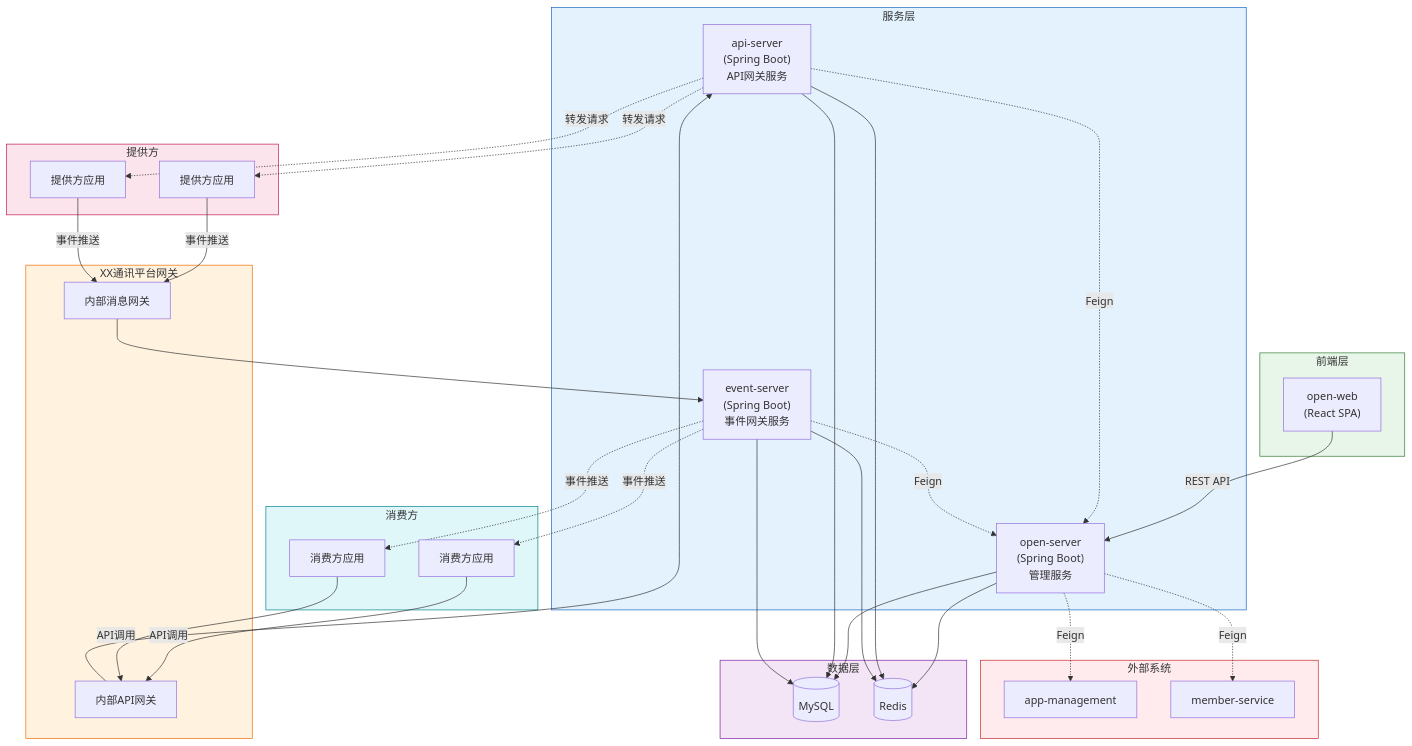
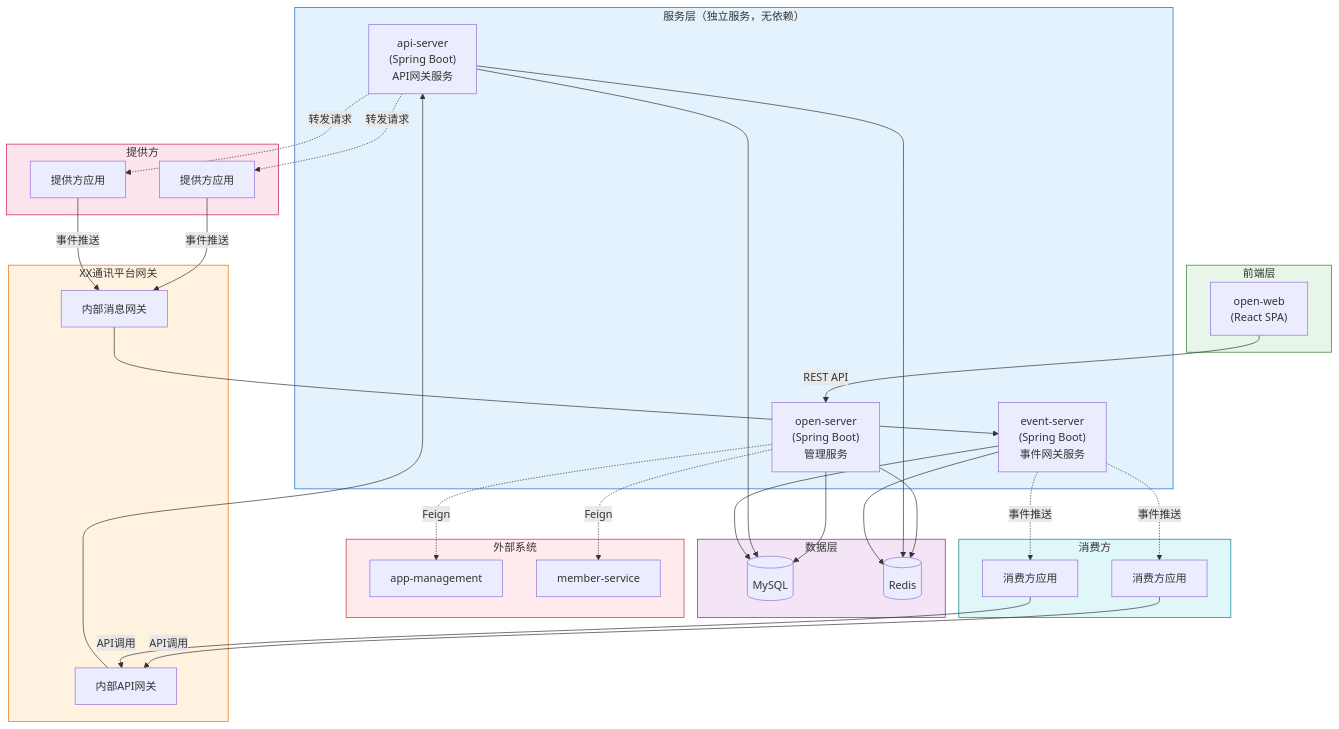
One commit to THZSummer/open-app changed the sixth of 8 diagrams in .sddu/specs-tree-root/specs-tree-capability-open-platform/plan.md. Above: the diagram before and after it, drawn with Mermaid. The commit also changed other lines of this file, not shown here.

First line of the commit message:
fix(plan): 修正服务依赖关系，api-server/event-server为独立服务

```diff
--- a/.sddu/specs-tree-root/specs-tree-capability-open-platform/plan.md
+++ b/.sddu/specs-tree-root/specs-tree-capability-open-platform/plan.md
@@ -408,7 +408,7 @@
         OpenWeb["open-web\n(React SPA)"]
     end
     
-    subgraph Services["服务层"]
+    subgraph Services["服务层（独立服务，无依赖）"]
         OpenServer["open-server\n(Spring Boot)\n管理服务"]
         ApiServer["api-server\n(Spring Boot)\nAPI网关服务"]
         EventServer["event-server\n(Spring Boot)\n事件网关服务"]
@@ -442,11 +442,9 @@
     %% 前端直接连接管理服务
     OpenWeb -->|REST API| OpenServer
     
-    %% 管理服务访问数据层
+    %% 所有服务独立访问数据层
     OpenServer --> MySQL
     OpenServer --> Redis
-    
-    %% 网关服务访问数据层
     ApiServer --> MySQL
     ApiServer --> Redis
     EventServer --> MySQL
@@ -466,10 +464,6 @@
     Provider2 -->|事件推送| MsgGW
     MsgGW --> EventServer
     
-    %% 网关服务调用管理服务获取权限信息
-    ApiServer -.->|Feign| OpenServer
-    EventServer -.->|Feign| OpenServer
-    
     %% API网关转发请求到提供方
     ApiServer -.->|转发请求| Provider1
     ApiServer -.->|转发请求| Provider2
```
